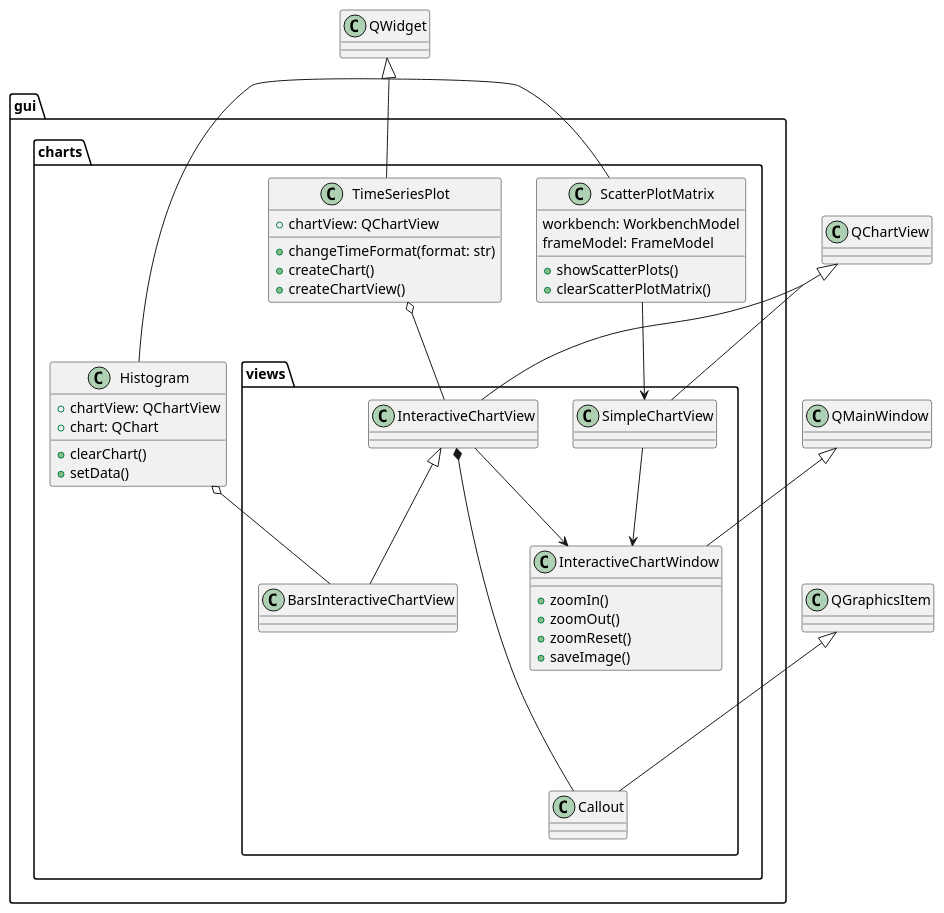
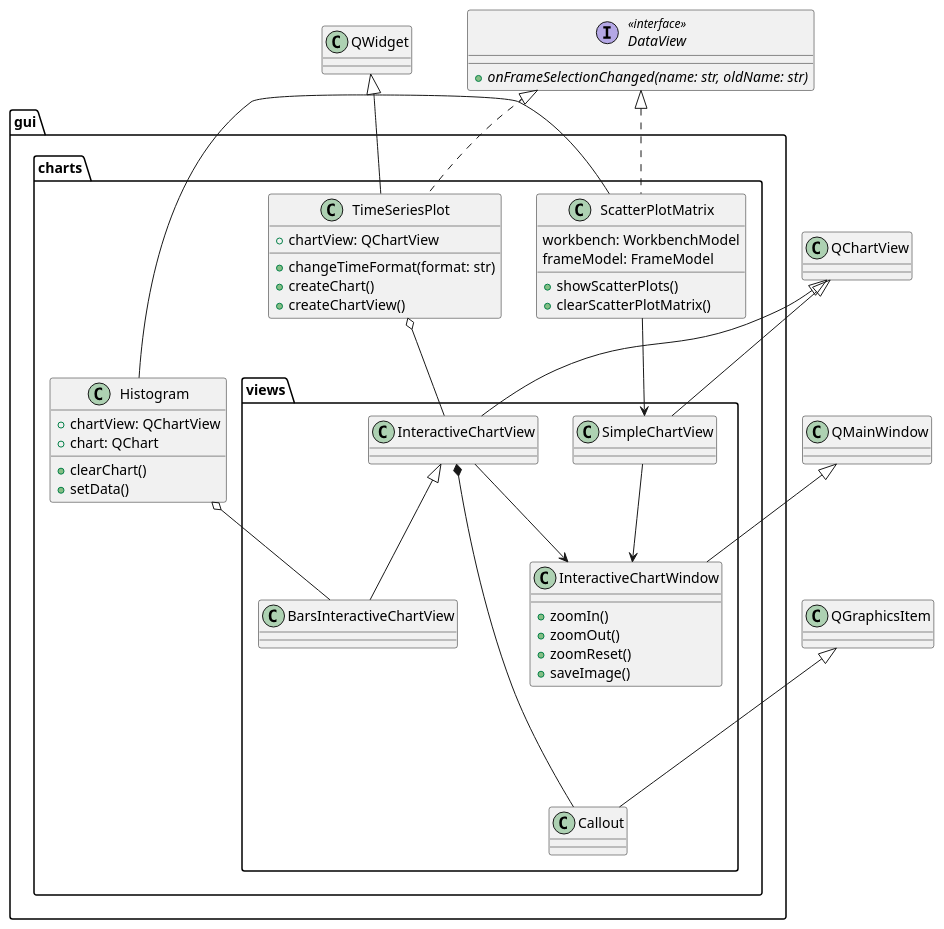
The diagram in uml/charts.puml (alezanga/dataMole), drawn with PlantUML before and after one commit. The commit also changed 5 other files, not shown here.

```diff
--- a/uml/charts.puml
+++ b/uml/charts.puml
@@ -1,56 +1,64 @@
 @startuml charts
-skinparam groupInheritance 2
+skinparam groupInheritance 3
+
+interface DataView <<interface>> {
+  + {abstract} onFrameSelectionChanged(name: str, oldName: str)
+}
 
 package gui.charts {
   class Histogram {
     + chartView: QChartView
     + chart: QChart
     + clearChart()
     + setData()
   }
 
   class ScatterPlotMatrix {
     workbench: WorkbenchModel
     frameModel: FrameModel
     + showScatterPlots()
     + clearScatterPlotMatrix()
   }
 
   class TimeSeriesPlot {
     + chartView: QChartView
     + changeTimeFormat(format: str)
     + createChart()
     + createChartView()
   }
 
   package views {
     class SimpleChartView
     class InteractiveChartView
     class BarsInteractiveChartView
     class Callout
     class InteractiveChartWindow {
       + zoomIn()
       + zoomOut()
       + zoomReset()
       + saveImage()
     }
   }
 }
 
-QWidget <|-- Histogram
+QWidget <|- Histogram
 QWidget <|-- ScatterPlotMatrix
 QWidget <|-- TimeSeriesPlot
+' class ScatterPlotMatrix implements DataView
+' class TimeSeriesPlot implements DataView
+DataView <|.. TimeSeriesPlot
+DataView <|.. ScatterPlotMatrix
 QGraphicsItem <|--- Callout
 QChartView <|-- SimpleChartView
 QChartView <|-- InteractiveChartView
 InteractiveChartView <|-- BarsInteractiveChartView
 InteractiveChartView *---- Callout
 
 Histogram o-- BarsInteractiveChartView
 ScatterPlotMatrix --> SimpleChartView
 TimeSeriesPlot o-- InteractiveChartView
 QMainWindow <|-- InteractiveChartWindow
 SimpleChartView --> InteractiveChartWindow
 InteractiveChartView --> InteractiveChartWindow
 
 @enduml
```
